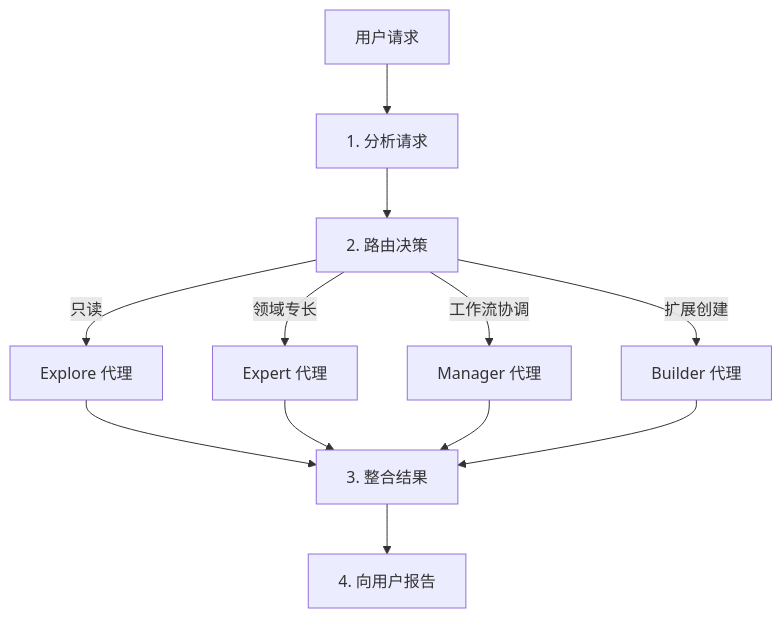
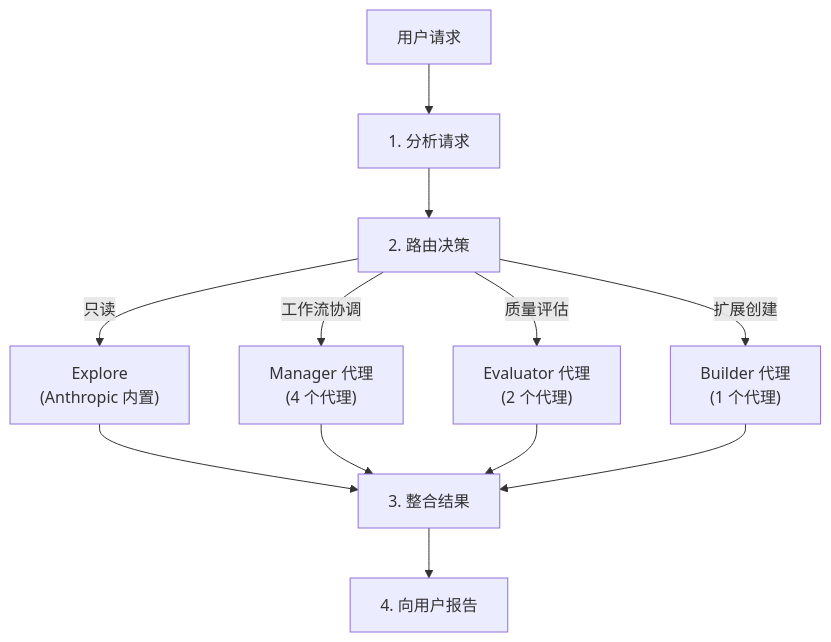
Before and after one commit to modu-ai/moai-adk: the first of 4 diagrams in docs-site/content/zh/advanced/agent-guide.md, drawn with Mermaid. The commit also changed other lines of this file and 153 other files, not shown here.

````diff
--- a/docs-site/content/zh/advanced/agent-guide.md
+++ b/docs-site/content/zh/advanced/agent-guide.md
@@ -36,17 +37,17 @@
 ```mermaid
 flowchart TD
     USER[用户请求] --> ANALYZE[1. 分析请求]
     ANALYZE --> ROUTE[2. 路由决策]
 
-    ROUTE -->|只读| EXPLORE["Explore 代理"]
-    ROUTE -->|领域专长| EXPERT["Expert 代理"]
-    ROUTE -->|工作流协调| MANAGER["Manager 代理"]
-    ROUTE -->|扩展创建| BUILDER["Builder 代理"]
+    ROUTE -->|只读| EXPLORE["Explore<br/>(Anthropic 内置)"]
+    ROUTE -->|工作流协调| MANAGER["Manager 代理<br/>(4 个代理)"]
+    ROUTE -->|质量评估| EVAL["Evaluator 代理<br/>(2 个代理)"]
+    ROUTE -->|扩展创建| BUILDER["Builder 代理<br/>(1 个代理)"]
 
     EXPLORE --> RESULT[3. 整合结果]
-    EXPERT --> RESULT
     MANAGER --> RESULT
+    EVAL --> RESULT
     BUILDER --> RESULT
 
     RESULT --> REPORT["4. 向用户报告"]
 ```
````
